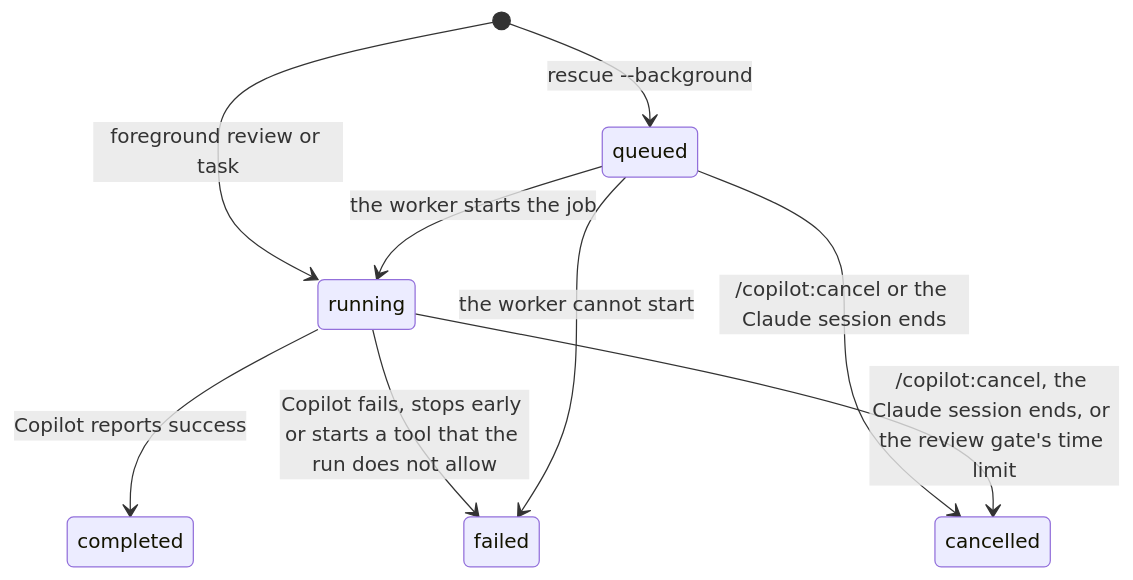
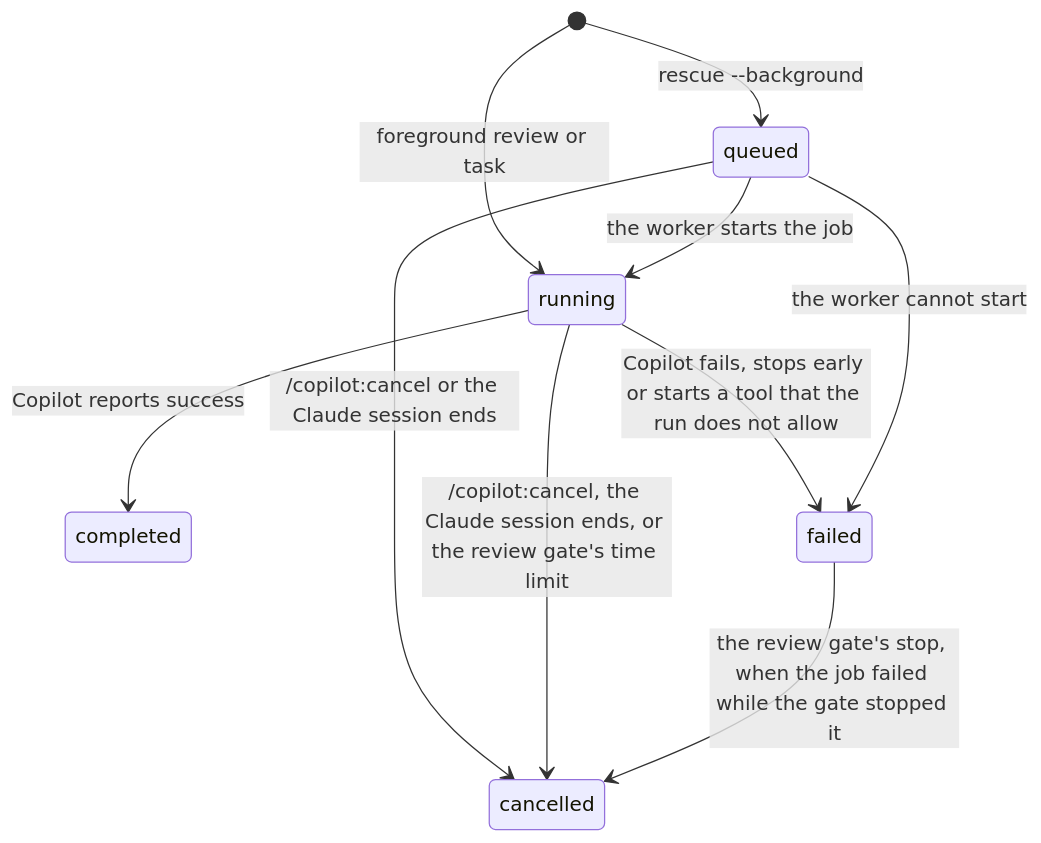
One commit to tmathura/copilot-plugin-cc changed the diagram in docs/operations.md. Above: the diagram before and after it, drawn with Mermaid. The commit also changed other lines of this file and 13 other files, not shown here.

First line of the commit message:
[#84] Keep a stopped gate job cancelled when it was saved as failed (#97)

````diff
--- a/docs/operations.md
+++ b/docs/operations.md
@@ -10,11 +10,12 @@
 ```mermaid
 stateDiagram-v2
   [*] --> queued: rescue --background
   [*] --> running: foreground review or task
   queued --> running: the worker starts the job
   running --> completed: Copilot reports success
   running --> failed: Copilot fails, stops early or starts a tool that the run does not allow
   queued --> failed: the worker cannot start
   queued --> cancelled: /copilot:cancel or the Claude session ends
   running --> cancelled: /copilot:cancel, the Claude session ends, or the review gate's time limit
+  failed --> cancelled: the review gate's stop, when the job failed while the gate stopped it
 ```
````
